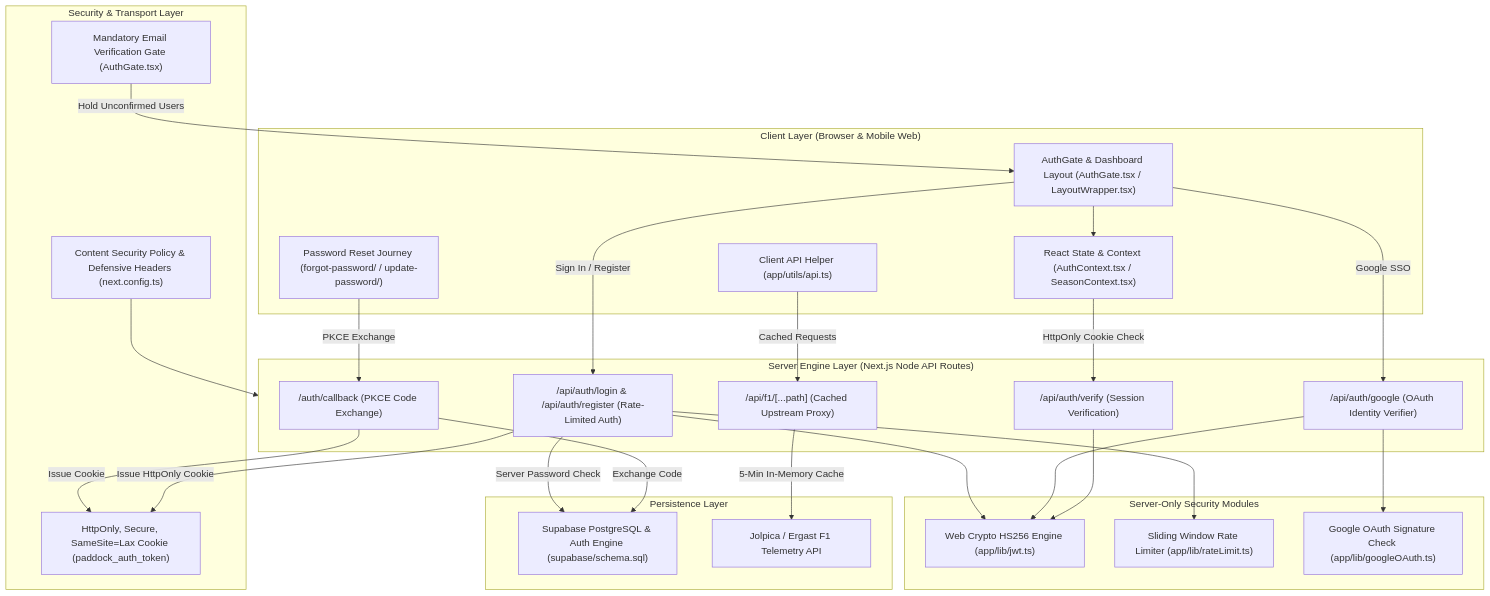
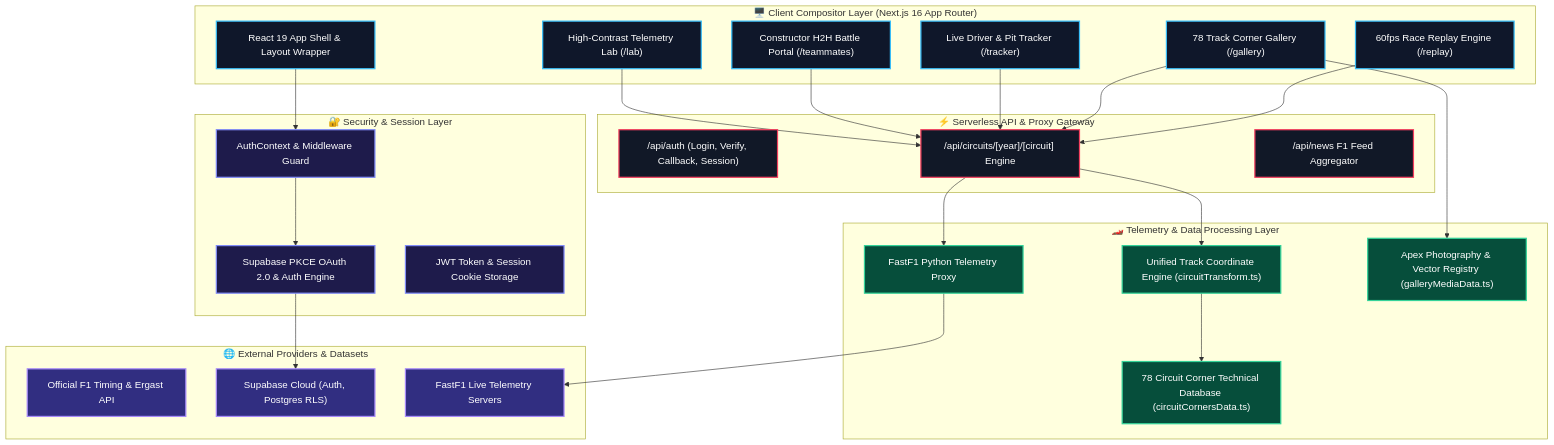
Before and after one commit to Hritik983567-Art/paddock: the first of 3 diagrams in DOCUMENTATION.md, drawn with Mermaid. The commit also changed other lines of this file and 1 other file, not shown here.

Commit message:
docs: add pitch-ready DOCUMENTATION.md with Mermaid diagrams and update README.md

````diff
--- a/DOCUMENTATION.md
+++ b/DOCUMENTATION.md
@@ -11,55 +25,61 @@
 ```mermaid
 graph TD
-    subgraph Client ["Client Layer (Browser & Mobile Web)"]
-        UI["AuthGate & Dashboard Layout (AuthGate.tsx / LayoutWrapper.tsx)"]
-        CTX["React State & Context (AuthContext.tsx / SeasonContext.tsx)"]
-        FETCH["Client API Helper (app/utils/api.ts)"]
-        FORGOT["Password Reset Journey (forgot-password/ / update-password/)"]
+    %% Styling
+    classDef client fill:#0f172a,stroke:#38bdf8,stroke-width:2px,color:#fff
+    classDef auth fill:#1e1b4b,stroke:#818cf8,stroke-width:2px,color:#fff
+    classDef api fill:#111827,stroke:#f43f5e,stroke-width:2px,color:#fff
+    classDef engine fill:#064e3b,stroke:#34d399,stroke-width:2px,color:#fff
+    classDef storage fill:#312e81,stroke:#a78bfa,stroke-width:2px,color:#fff
+
+    subgraph Client Layer ["🖥️ Client Compositor Layer (Next.js 16 App Router)"]
+        UI["React 19 App Shell & Layout Wrapper"]
+        Replay["60fps Race Replay Engine (/replay)"]
+        Gallery["78 Track Corner Gallery (/gallery)"]
+        Tracker["Live Driver & Pit Tracker (/tracker)"]
+        Teammates["Constructor H2H Battle Portal (/teammates)"]
+        Lab["High-Contrast Telemetry Lab (/lab)"]
     end
 
-    subgraph Middleware ["Security & Transport Layer"]
-        CSP["Content Security Policy & Defensive Headers (next.config.ts)"]
-        COOKIE["HttpOnly, Secure, SameSite=Lax Cookie (paddock_auth_token)"]
-        EMAIL_GATE["Mandatory Email Verification Gate (AuthGate.tsx)"]
+    subgraph Auth Layer ["🔐 Security & Session Layer"]
+        AuthCtx["AuthContext & Middleware Guard"]
+        SupabasePKCE["Supabase PKCE OAuth 2.0 & Auth Engine"]
+        JWTValidation["JWT Token & Session Cookie Storage"]
     end
 
-    subgraph Backend ["Server Engine Layer (Next.js Node API Routes)"]
-        VERIFY["/api/auth/verify (Session Verification)"]
-        LOGIN["/api/auth/login & /api/auth/register (Rate-Limited Auth)"]
-        CALLBACK["/auth/callback (PKCE Code Exchange)"]
-        GOOGLE["/api/auth/google (OAuth Identity Verifier)"]
-        PROXY["/api/f1/[...path] (Cached Upstream Proxy)"]
+    subgraph API Layer ["⚡ Serverless API & Proxy Gateway"]
+        AuthAPIs["/api/auth (Login, Verify, Callback, Session)"]
+        CircuitAPIs["/api/circuits/[year]/[circuit] Engine"]
+        NewsAPIs["/api/news F1 Feed Aggregator"]
     end
 
-    subgraph SecurityLib ["Server-Only Security Modules"]
-        JWT["Web Crypto HS256 Engine (app/lib/jwt.ts)"]
-        RL["Sliding Window Rate Limiter (app/lib/rateLimit.ts)"]
-        GOAUTH["Google OAuth Signature Check (app/lib/googleOAuth.ts)"]
+    subgraph Ingestion Layer ["🏎️ Telemetry & Data Processing Layer"]
+        FastF1Proxy["FastF1 Python Telemetry Proxy"]
+        TransformEngine["Unified Track Coordinate Engine (circuitTransform.ts)"]
+        CornersDB["78 Circuit Corner Technical Database (circuitCornersData.ts)"]
+        MediaDB["Apex Photography & Vector Registry (galleryMediaData.ts)"]
     end
 
-    subgraph Database ["Persistence Layer"]
-        SUPA["Supabase PostgreSQL & Auth Engine (supabase/schema.sql)"]
-        JOLP["Jolpica / Ergast F1 Telemetry API"]
+    subgraph External Systems ["🌐 External Providers & Datasets"]
+        F1Timing["Official F1 Timing & Ergast API"]
+        SupabaseCloud["Supabase Cloud (Auth, Postgres RLS)"]
+        FastF1Server["FastF1 Live Telemetry Servers"]
     end
 
-    UI --> CTX
-    CTX -->|HttpOnly Cookie Check| VERIFY
-    UI -->|Sign In / Register| LOGIN
-    UI -->|Google SSO| GOOGLE
-    FORGOT -->|PKCE Exchange| CALLBACK
-    FETCH -->|Cached Requests| PROXY
+    %% Interactions
+    UI --> AuthCtx
+    AuthCtx --> SupabasePKCE
+    SupabasePKCE --> SupabaseCloud
 
-    CSP --> Backend
-    LOGIN --> RL
-    LOGIN --> JWT
-    LOGIN -->|Server Password Check| SUPA
-    GOOGLE --> GOAUTH
-    GOOGLE --> JWT
-    VERIFY --> JWT
-    CALLBACK -->|Exchange Code| SUPA
-    CALLBACK -->|Issue Cookie| COOKIE
+    Replay & Gallery & Tracker & Teammates & Lab --> CircuitAPIs
+    CircuitAPIs --> FastF1Proxy
+    FastF1Proxy --> FastF1Server
+    CircuitAPIs --> TransformEngine
+    TransformEngine --> CornersDB
+    Gallery --> MediaDB
 
-    LOGIN -->|Issue HttpOnly Cookie| COOKIE
-    EMAIL_GATE -->|Hold Unconfirmed Users| UI
-    PROXY -->|5-Min In-Memory Cache| JOLP
+    class UI,Replay,Gallery,Tracker,Teammates,Lab client
+    class AuthCtx,SupabasePKCE,JWTValidation auth
+    class AuthAPIs,CircuitAPIs,NewsAPIs api
+    class FastF1Proxy,TransformEngine,CornersDB,MediaDB engine
+    class F1Timing,SupabaseCloud,FastF1Server storage
 ```
````
